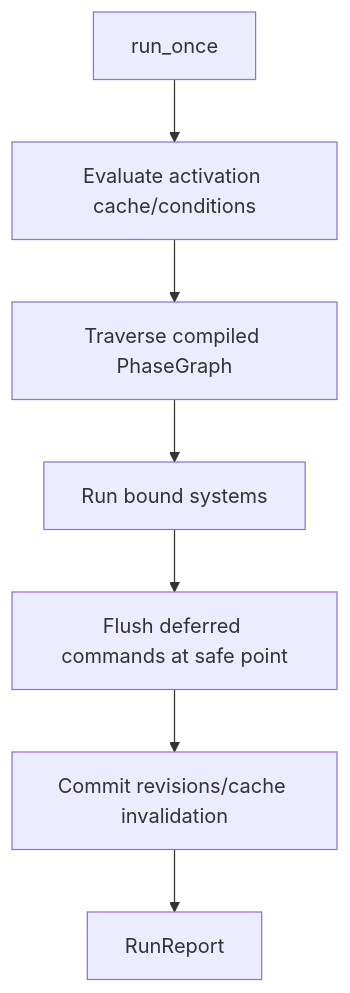
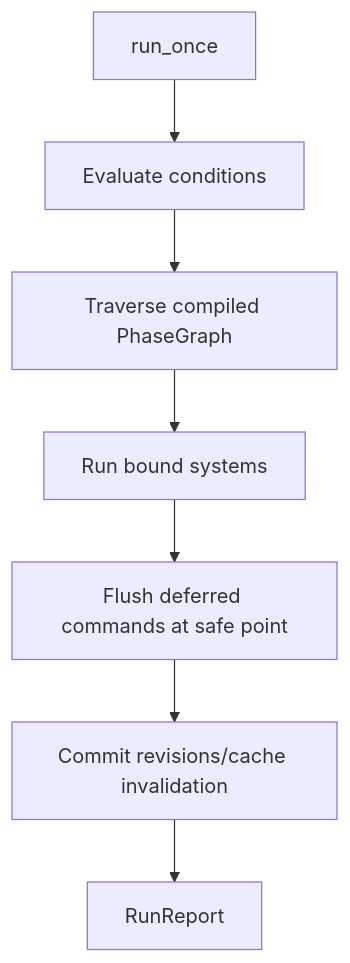
Before and after one commit to danphong23/ifol-animation: the first of 2 diagrams in crates/ifol-ecs/docs/06_execution_and_loop.md, drawn with Mermaid. The commit also changed 28 other files, not shown here.

```diff
--- a/crates/ifol-ecs/docs/06_execution_and_loop.md
+++ b/crates/ifol-ecs/docs/06_execution_and_loop.md
@@ -7,9 +7,9 @@
 ~~~mermaid
 flowchart TD
-    Start["run_once"] --> Activate["Evaluate activation cache/conditions"]
-    Activate --> Phase["Traverse compiled PhaseGraph"]
+    Start["run_once"] --> Conditions["Evaluate conditions"]
+    Conditions --> Phase["Traverse compiled PhaseGraph"]
     Phase --> System["Run bound systems"]
     System --> Commands["Flush deferred commands at safe point"]
     Commands --> Revision["Commit revisions/cache invalidation"]
     Revision --> Report["RunReport"]
 ~~~
```
